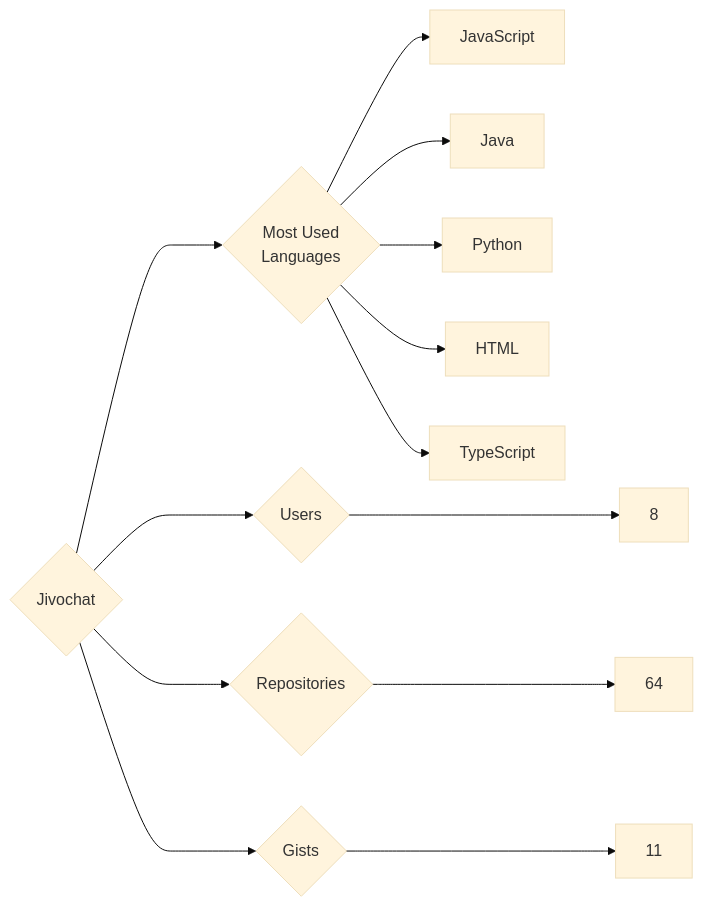
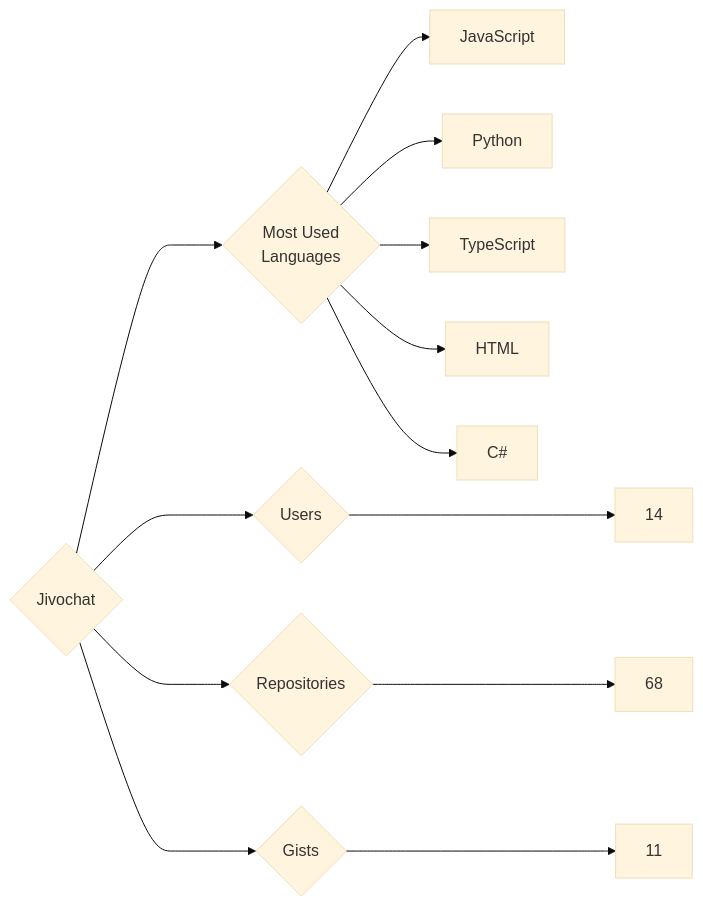
Before and after one commit to trickest/insiders: the diagram in targets/Jivochat/README.md, drawn with Mermaid (base theme). The commit also changed 1195 other files, not shown here.

````diff
--- a/targets/Jivochat/README.md
+++ b/targets/Jivochat/README.md
@@ -3,13 +3,13 @@
 ```mermaid
 graph LR
 COMPANY_NAME{Jivochat}
-COMPANY_NAME ---> U{Users} ---> UN[8]
-COMPANY_NAME ---> R{Repositories} ---> RN[64]
+COMPANY_NAME ---> U{Users} ---> UN[14]
+COMPANY_NAME ---> R{Repositories} ---> RN[68]
 COMPANY_NAME ---> G{Gists} ---> GN[11]
 COMPANY_NAME ---> ML{Most Used<br>Languages}
 ML --> JavaScript[JavaScript]
-ML --> Java[Java]
 ML --> Python[Python]
+ML --> TypeScript[TypeScript]
 ML --> HTML[HTML]
-ML --> TypeScript[TypeScript]
+ML --> C#[C#]
 ```
````
